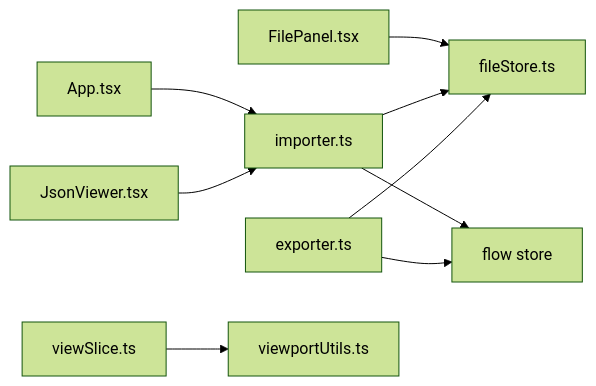
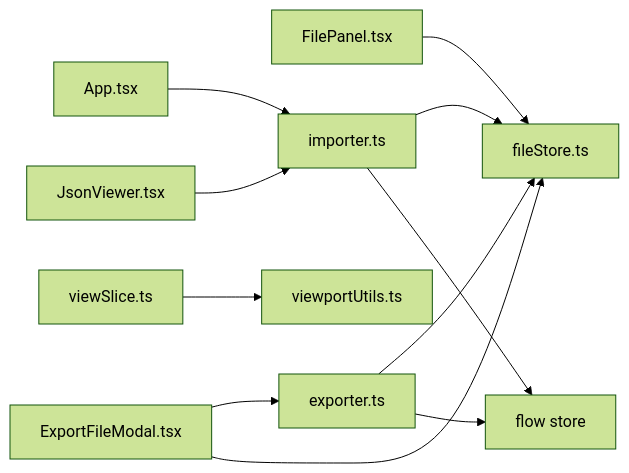
The eighth of 8 diagrams in .qoder/repowiki/zh/content/核心概念/文件与视口.md (kqcoxn/MaaPipelineEditor), drawn with Mermaid (forest theme) before and after one commit. The commit also changed other lines of this file and 5 other files, not shown here.

````diff
--- a/.qoder/repowiki/zh/content/核心概念/文件与视口.md
+++ b/.qoder/repowiki/zh/content/核心概念/文件与视口.md
@@ -382,11 +427,13 @@
 ```mermaid
 graph LR
 FP["FilePanel.tsx"] --> FS["fileStore.ts"]
 IMP["importer.ts"] --> FS
 IMP --> FL["flow store"]
 EXP["exporter.ts"] --> FS
 EXP --> FL
 VS["viewSlice.ts"] --> FU["viewportUtils.ts"]
 APP["App.tsx"] --> IMP
 JV["JsonViewer.tsx"] --> IMP
+EFM["ExportFileModal.tsx"] --> EXP
+EFM["ExportFileModal.tsx"] --> FS
 ```
````
